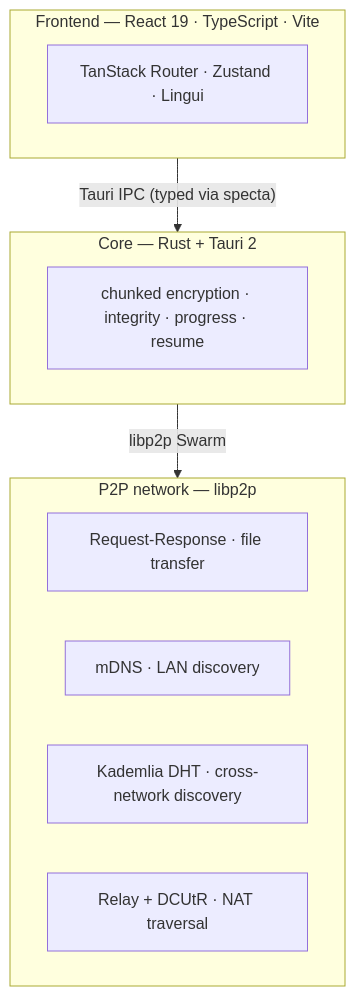
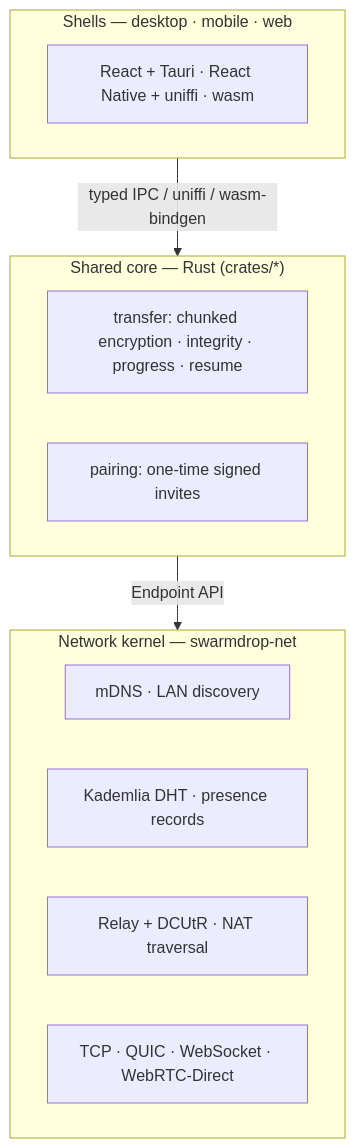
Before and after one commit to swarm-apps/SwarmDrop: the diagram in README.md, drawn with Mermaid. The commit also changed other lines of this file and 18 other files, not shown here.

````diff
--- a/README.md
+++ b/README.md
@@ -112,17 +112,18 @@
 ```mermaid
 graph TB
-    subgraph Frontend["Frontend — React 19 · TypeScript · Vite"]
-        A["TanStack Router · Zustand · Lingui"]
+    subgraph Shells["Shells — desktop · mobile · web"]
+        A["React + Tauri · React Native + uniffi · wasm"]
     end
-    subgraph Backend["Core — Rust + Tauri 2"]
-        B["chunked encryption · integrity · progress · resume"]
+    subgraph Core["Shared core — Rust (crates/*)"]
+        B["transfer: chunked encryption · integrity · progress · resume"]
+        G["pairing: one-time signed invites"]
     end
-    subgraph P2P["P2P network — libp2p"]
-        C["Request-Response · file transfer"]
+    subgraph Net["Network kernel — swarmdrop-net"]
         D["mDNS · LAN discovery"]
-        E["Kademlia DHT · cross-network discovery"]
+        E["Kademlia DHT · presence records"]
         F["Relay + DCUtR · NAT traversal"]
+        H["TCP · QUIC · WebSocket · WebRTC-Direct"]
     end
-    Frontend -- "Tauri IPC (typed via specta)" --> Backend
-    Backend -- "libp2p Swarm" --> P2P
+    Shells -- "typed IPC / uniffi / wasm-bindgen" --> Core
+    Core -- "Endpoint API" --> Net
 ```
````
